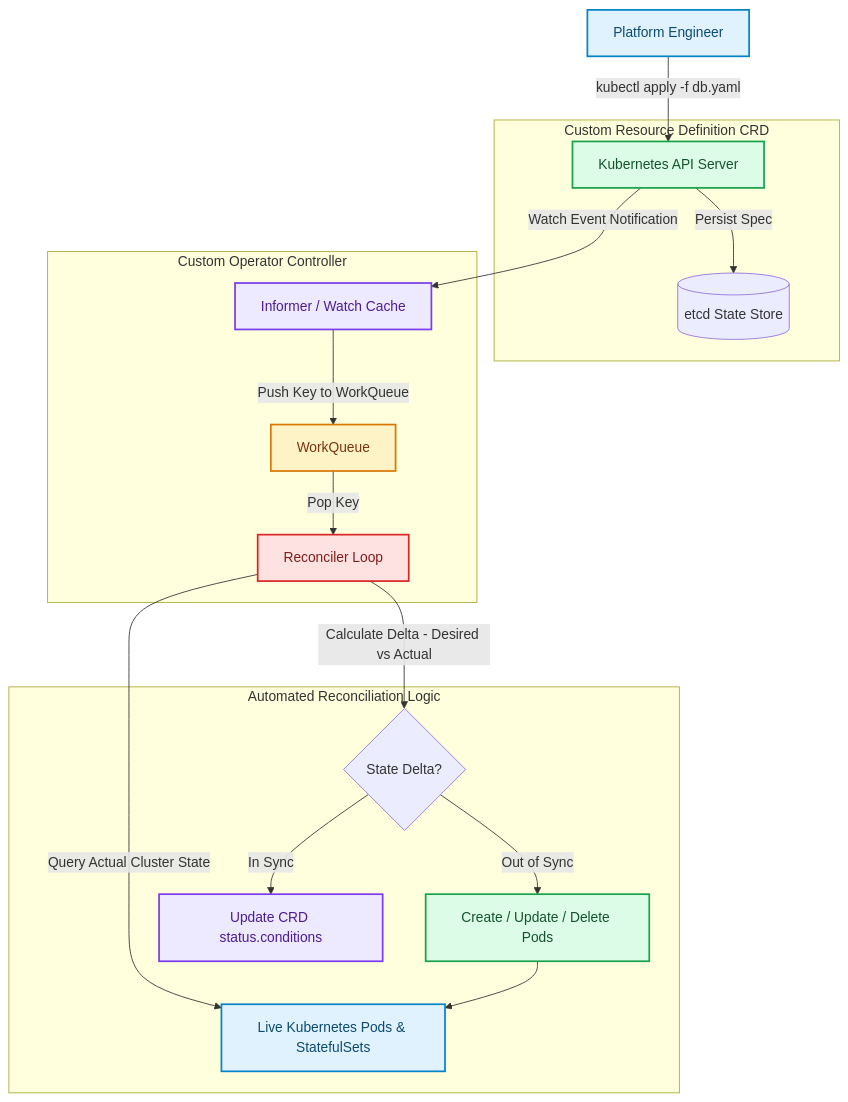
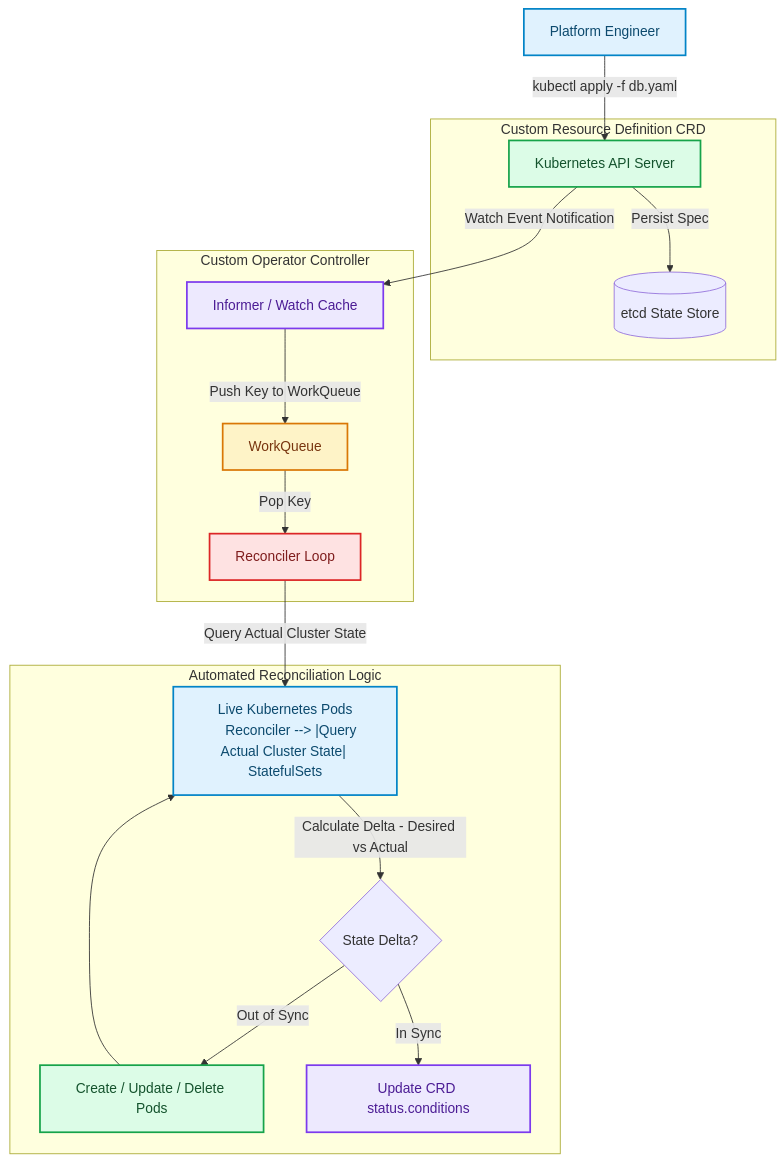
One commit to akmalkhaniub/akmalkhaniub.github.io changed the diagram in blog/posts/writing-kubernetes-operators-crds-reconciler-loops.md. Above: the diagram before and after it, drawn with Mermaid. The commit also changed other lines of this file and 894 other files, not shown here.

Commit message:
feat(blog): upgrade all 444 posts with unique staggered dates, 2-col Mermaid spines, benchmark tables, code blocks, and trade-offs

````diff
--- a/blog/posts/writing-kubernetes-operators-crds-reconciler-loops.md
+++ b/blog/posts/writing-kubernetes-operators-crds-reconciler-loops.md
@@ -19,33 +19,34 @@
 ```mermaid
 flowchart TD
   User["Platform Engineer"] -->|kubectl apply -f db.yaml| API["Kubernetes API Server"]
   
   subgraph SG1_CustomResourceDefinition ["Custom Resource Definition CRD"]
     API -->|Persist Spec| ETCD[(etcd State Store)]
   end
   
   subgraph SG2_CustomOperatorController ["Custom Operator Controller"]
     API -->|Watch Event Notification| Informer["Informer / Watch Cache"]
     Informer -->|Push Key to WorkQueue| Queue["WorkQueue"]
     Queue -->|Pop Key| Reconciler["Reconciler Loop"]
   end
   
   subgraph SG3_AutomatedReconciliationLogic ["Automated Reconciliation Logic"]
-    Reconciler -->|Query Actual Cluster State| Pods["Live Kubernetes Pods & StatefulSets"]
-    Reconciler -->|Calculate Delta - Desired vs Actual| Engine{State Delta?}
+    Reconciler --> |Query Actual Cluster State| Pods["Live Kubernetes Pods
+    Reconciler --> |Query Actual Cluster State| StatefulSets"]
+    Pods --> |Calculate Delta - Desired vs Actual| Engine{State Delta?}
     Engine -->|Out of Sync| Action["Create / Update / Delete Pods"]
     Engine -->|In Sync| Status["Update CRD status.conditions"]
     Action --> Pods
   end
 
 classDef green fill:#dcfce7,stroke:#16a34a,stroke-width:2px,color:#14532d;
 classDef red fill:#fee2e2,stroke:#dc2626,stroke-width:2px,color:#7f1d1d;
 classDef blue fill:#e0f2fe,stroke:#0284c7,stroke-width:2px,color:#0c4a6e;
 classDef yellow fill:#fef3c7,stroke:#d97706,stroke-width:2px,color:#78350f;
 classDef purple fill:#ede9fe,stroke:#7c3aed,stroke-width:2px,color:#4c1d95;
 class User,Pods blue
 class API,Action green
 class Informer,Status purple
 class Queue yellow
 class Reconciler red
 ```
````
